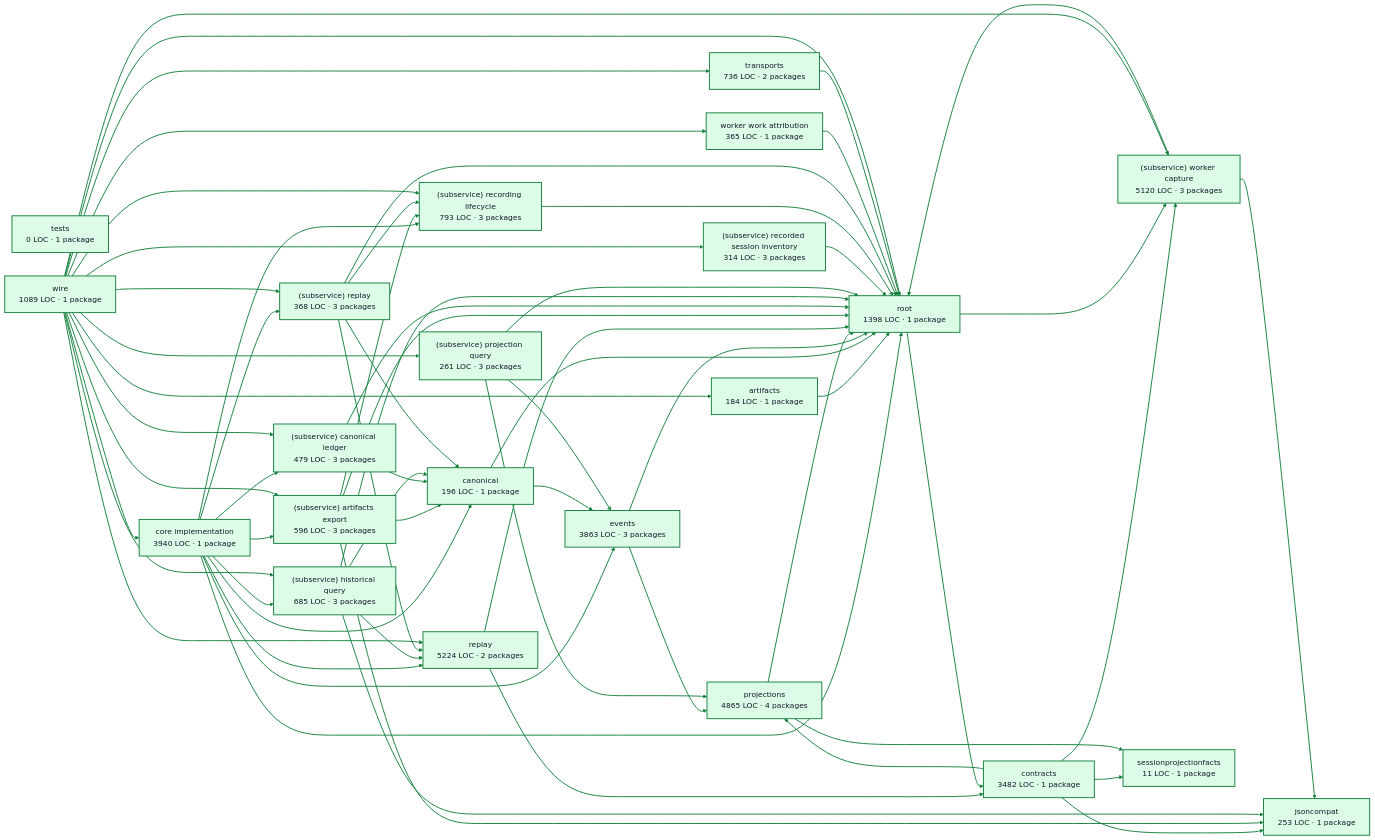
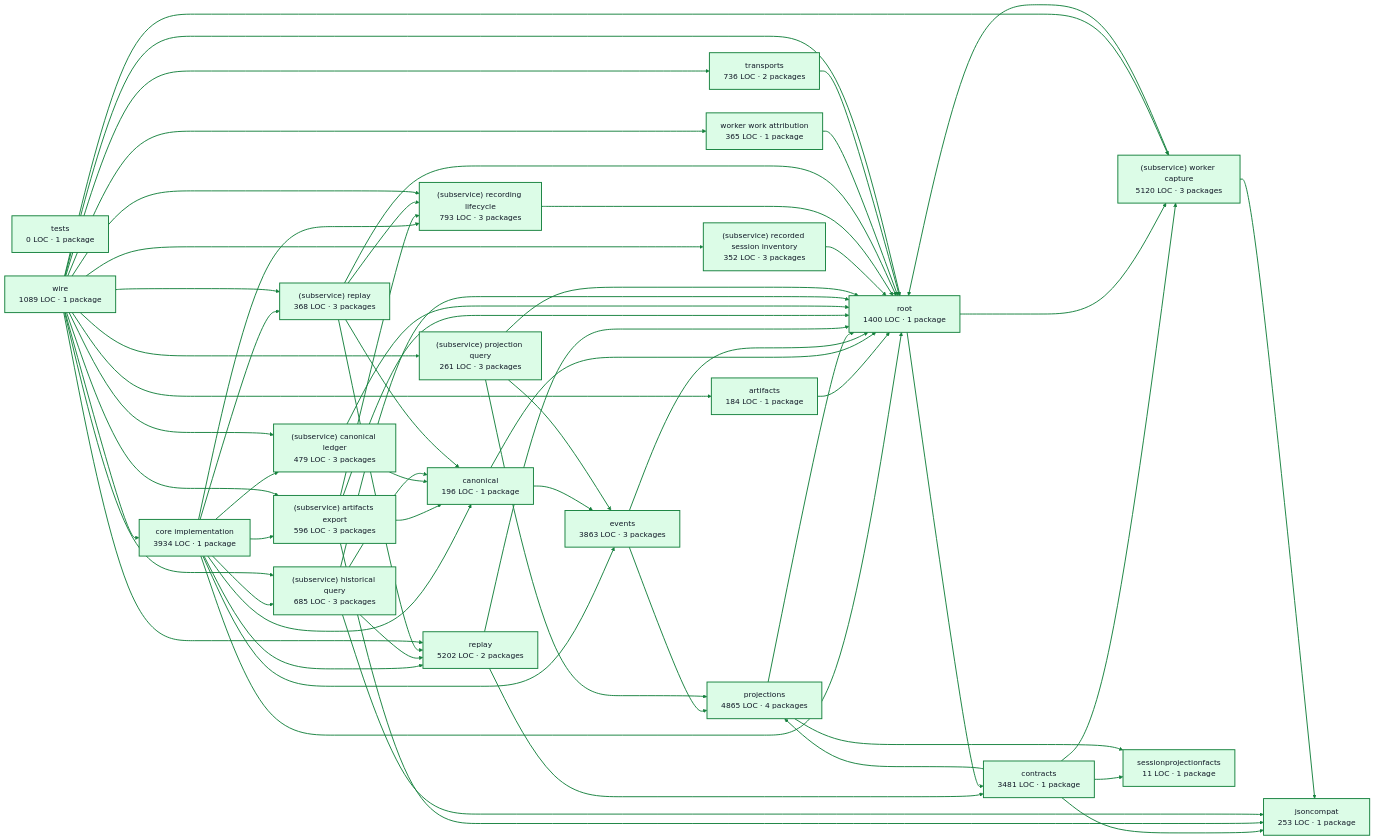
One commit to portpowered/you-agent-factory changed the diagram in docs/architecture/visualizations/services/recordings.md. Above: the diagram before and after it, drawn with Mermaid. The commit also changed other lines of this file and 20 other files, not shown here.

Commit message:
docs: refresh backend architecture visualizations

````diff
--- a/docs/architecture/visualizations/services/recordings.md
+++ b/docs/architecture/visualizations/services/recordings.md
@@ -11,25 +11,25 @@
 ```mermaid
 flowchart LR
-  p0["core implementation<br/>3940 LOC · 1 package"]
+  p0["core implementation<br/>3934 LOC · 1 package"]
   p1["artifacts<br/>184 LOC · 1 package"]
   p2["canonical<br/>196 LOC · 1 package"]
-  p3["contracts<br/>3482 LOC · 1 package"]
+  p3["contracts<br/>3481 LOC · 1 package"]
   p4["events<br/>3863 LOC · 3 packages"]
   p5["jsoncompat<br/>253 LOC · 1 package"]
   p6["projections<br/>4865 LOC · 4 packages"]
-  p7["replay<br/>5224 LOC · 2 packages"]
+  p7["replay<br/>5202 LOC · 2 packages"]
   p8["(subservice) artifacts export<br/>596 LOC · 3 packages"]
   p9["(subservice) canonical ledger<br/>479 LOC · 3 packages"]
   p10["(subservice) historical query<br/>685 LOC · 3 packages"]
   p11["(subservice) projection query<br/>261 LOC · 3 packages"]
-  p12["(subservice) recorded session inventory<br/>314 LOC · 3 packages"]
+  p12["(subservice) recorded session inventory<br/>352 LOC · 3 packages"]
   p13["(subservice) recording lifecycle<br/>793 LOC · 3 packages"]
   p14["(subservice) replay<br/>368 LOC · 3 packages"]
   p15["(subservice) worker capture<br/>5120 LOC · 3 packages"]
   p16["sessionprojectionfacts<br/>11 LOC · 1 package"]
   p17["tests<br/>0 LOC · 1 package"]
   p18["worker work attribution<br/>365 LOC · 1 package"]
-  p19["root<br/>1398 LOC · 1 package"]
+  p19["root<br/>1400 LOC · 1 package"]
   p20["transports<br/>736 LOC · 2 packages"]
   p21["wire<br/>1089 LOC · 1 package"]
   p0 --> p2
````
